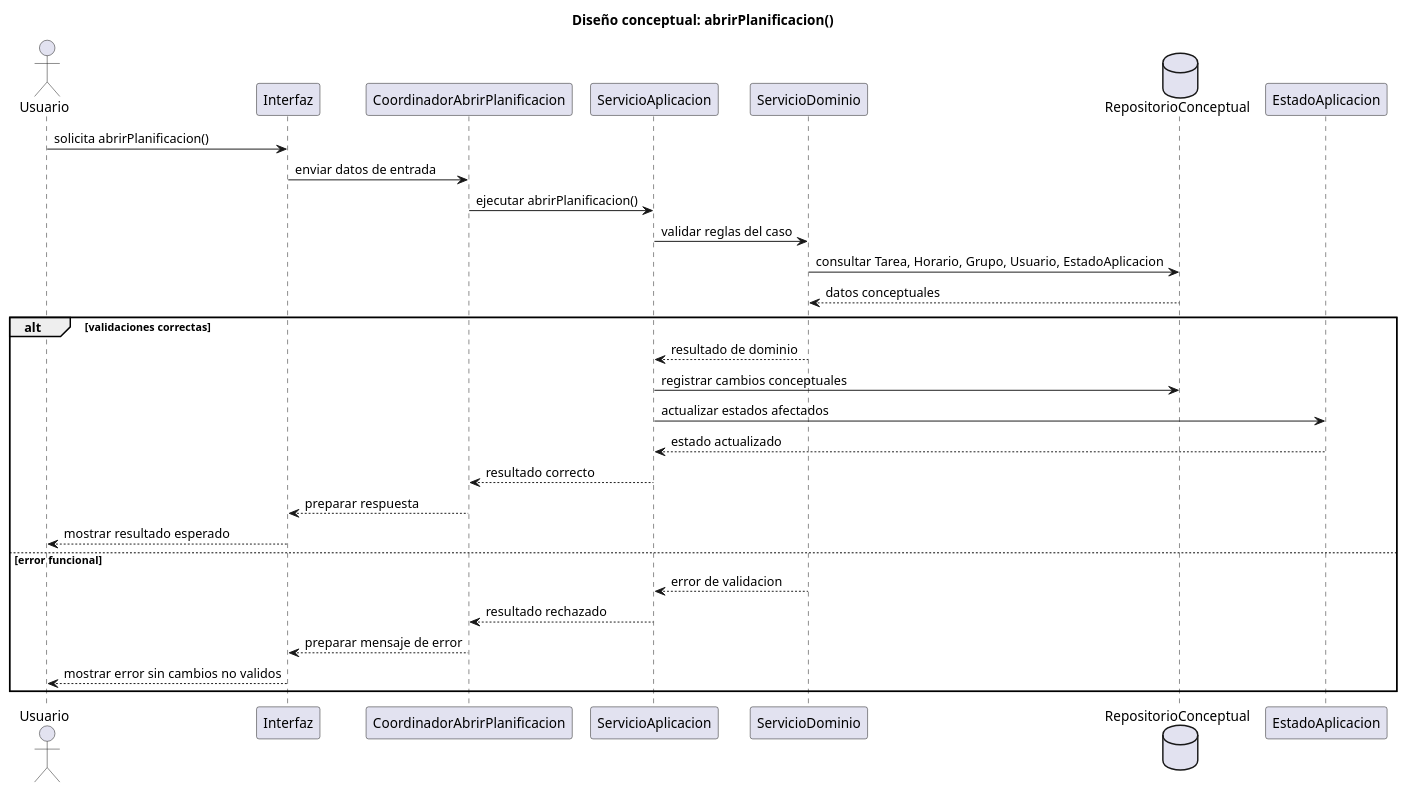
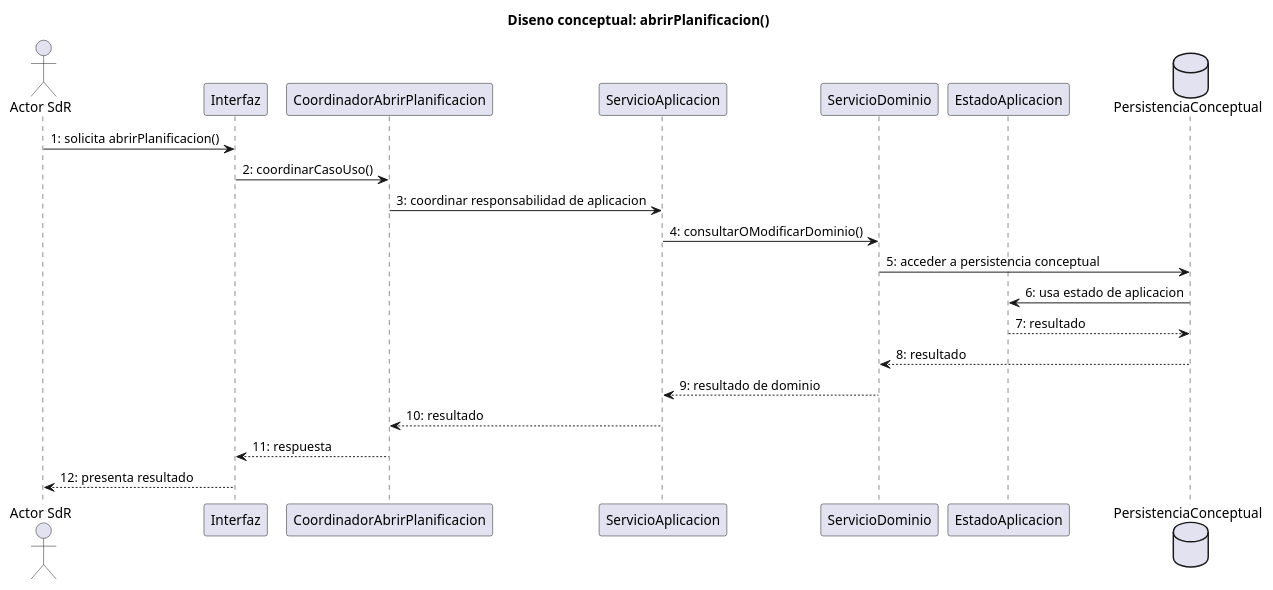
One commit to inigovaqueroo04/25-26-idsw2-sdVC changed the diagram in documents/RUP/02-diseño/casos-uso/planificacion-configuracion/abrirPlanificacion/README.md. Above: the diagram before and after it, drawn with PlantUML. The commit also changed other lines of this file and 24 other files, not shown here.

Commit message:
docs: validar trazabilidad integral de diseno

````diff
--- a/documents/RUP/02-diseño/casos-uso/planificacion-configuracion/abrirPlanificacion/README.md
+++ b/documents/RUP/02-diseño/casos-uso/planificacion-configuracion/abrirPlanificacion/README.md
@@ -85,36 +85,27 @@
 ```plantuml
 @startuml abrirPlanificacion-diseno-secuencia
-title Diseño conceptual: abrirPlanificacion()
+title Diseno conceptual: abrirPlanificacion()
 
-actor "Usuario" as Usuario
+actor "Actor SdR" as Actor
 participant "Interfaz" as Interfaz
 participant "CoordinadorAbrirPlanificacion" as Coordinador
 participant "ServicioAplicacion" as ServicioAplicacion
 participant "ServicioDominio" as ServicioDominio
-database "RepositorioConceptual" as Repositorio
 participant "EstadoAplicacion" as EstadoAplicacion
+database "PersistenciaConceptual" as Persistencia
 
-Usuario -> Interfaz : solicita abrirPlanificacion()
-Interfaz -> Coordinador : enviar datos de entrada
-Coordinador -> ServicioAplicacion : ejecutar abrirPlanificacion()
-ServicioAplicacion -> ServicioDominio : validar reglas del caso
-ServicioDominio -> Repositorio : consultar Tarea, Horario, Grupo, Usuario, EstadoAplicacion
-Repositorio --> ServicioDominio : datos conceptuales
-
-alt validaciones correctas
-  ServicioDominio --> ServicioAplicacion : resultado de dominio
-  ServicioAplicacion -> Repositorio : registrar cambios conceptuales
-  ServicioAplicacion -> EstadoAplicacion : actualizar estados afectados
-  EstadoAplicacion --> ServicioAplicacion : estado actualizado
-  ServicioAplicacion --> Coordinador : resultado correcto
-  Coordinador --> Interfaz : preparar respuesta
-  Interfaz --> Usuario : mostrar resultado esperado
-else error funcional
-  ServicioDominio --> ServicioAplicacion : error de validacion
-  ServicioAplicacion --> Coordinador : resultado rechazado
-  Coordinador --> Interfaz : preparar mensaje de error
-  Interfaz --> Usuario : mostrar error sin cambios no validos
-end
+Actor -> Interfaz : 1: solicita abrirPlanificacion()
+Interfaz -> Coordinador : 2: coordinarCasoUso()
+Coordinador -> ServicioAplicacion : 3: coordinar responsabilidad de aplicacion
+ServicioAplicacion -> ServicioDominio : 4: consultarOModificarDominio()
+ServicioDominio -> Persistencia : 5: acceder a persistencia conceptual
+Persistencia -> EstadoAplicacion : 6: usa estado de aplicacion
+EstadoAplicacion --> Persistencia : 7: resultado
+Persistencia --> ServicioDominio : 8: resultado
+ServicioDominio --> ServicioAplicacion : 9: resultado de dominio
+ServicioAplicacion --> Coordinador : 10: resultado
+Coordinador --> Interfaz : 11: respuesta
+Interfaz --> Actor : 12: presenta resultado
 
 @enduml
 ```
````
